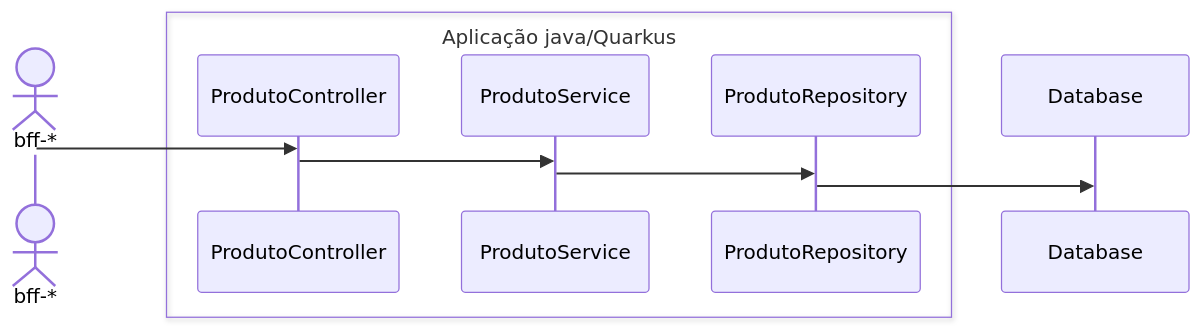
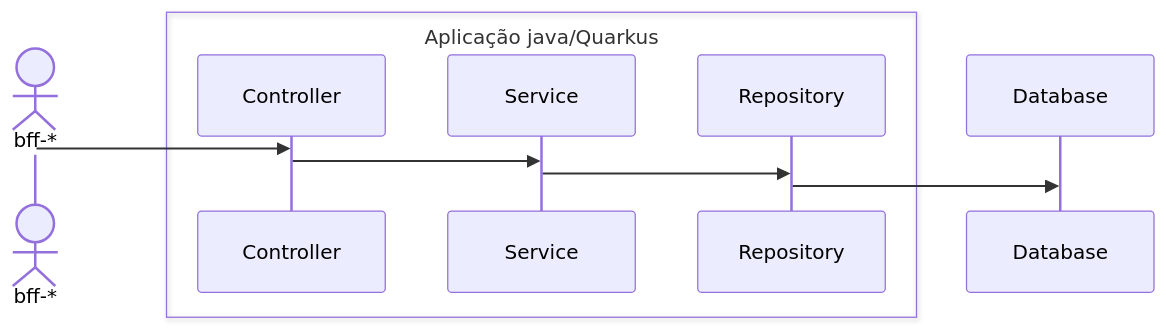
One commit to adriano-moreira/2025-xpe-pos-arquitetura-de-software-desafio-final changed the first of 3 diagrams in Readme.md. Above: the diagram before and after it, drawn with Mermaid. The commit also changed other lines of this file, not shown here.

````diff
--- a/Readme.md
+++ b/Readme.md
@@ -29,19 +25,19 @@
 ```mermaid
 sequenceDiagram
     actor bff as bff-*
         
     box Aplicação java/Quarkus    
-    participant ProdutoController
-    participant ProdutoService
-    participant ProdutoRepository
+    participant Controller
+    participant Service
+    participant Repository
     end
         
     participant Database
 
-bff ->> ProdutoController: 
-ProdutoController ->> ProdutoService: 
-ProdutoService ->> ProdutoRepository: 
-ProdutoRepository ->> Database: 
+bff ->> Controller: 
+Controller ->> Service: 
+Service ->> Repository: 
+Repository ->> Database: 
 
 
 ```
````
